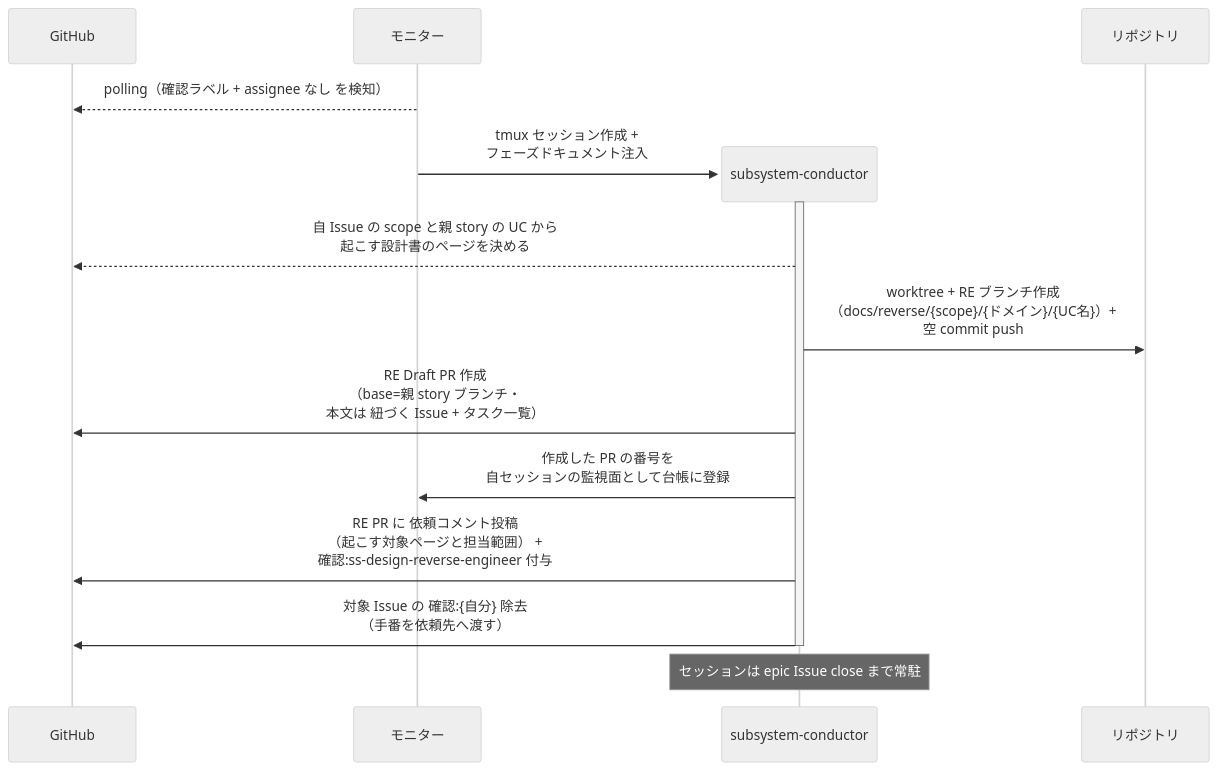
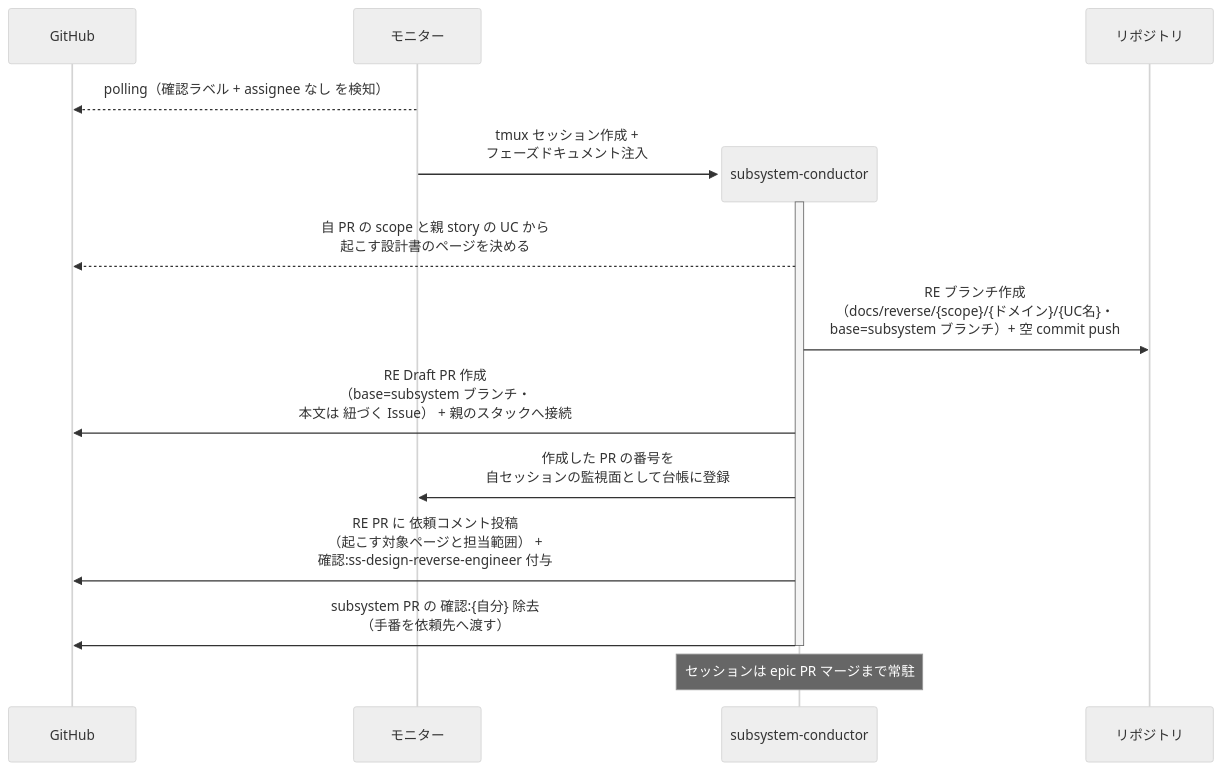
The first of 3 diagrams in docs/wiki/設計図/シナリオ/単一ユースケース/リバースエンジニアリング起動.md (shuhei1101/ai-monitor), drawn with Mermaid (neutral theme) before and after one commit. The commit also changed other lines of this file and 256 other files, not shown here.

````diff
--- a/docs/wiki/設計図/シナリオ/単一ユースケース/リバースエンジニアリング起動.md
+++ b/docs/wiki/設計図/シナリオ/単一ユースケース/リバースエンジニアリング起動.md
@@ -36,19 +36,19 @@
 ```mermaid
 sequenceDiagram
   participant GH as GitHub
   participant ORC as モニター
 
   ORC-->>GH: polling（確認ラベル + assignee なし を検知）
   create participant MON as subsystem-conductor
   ORC->>MON: tmux セッション作成 +<br>フェーズドキュメント注入
   activate MON
   participant REPO as リポジトリ
-  MON-->>GH: 自 Issue の scope と親 story の UC から<br>起こす設計書のページを決める
-  MON->>REPO: worktree + RE ブランチ作成<br>（docs/reverse/{scope}/{ドメイン}/{UC名}）+<br>空 commit push
-  MON->>GH: RE Draft PR 作成<br>（base=親 story ブランチ・<br>本文は 紐づく Issue + タスク一覧）
+  MON-->>GH: 自 PR の scope と親 story の UC から<br>起こす設計書のページを決める
+  MON->>REPO: RE ブランチ作成<br>（docs/reverse/{scope}/{ドメイン}/{UC名}・<br>base=subsystem ブランチ）+ 空 commit push
+  MON->>GH: RE Draft PR 作成<br>（base=subsystem ブランチ・<br>本文は 紐づく Issue） + 親のスタックへ接続
   MON->>ORC: 作成した PR の番号を<br>自セッションの監視面として台帳に登録
   MON->>GH: RE PR に 依頼コメント投稿<br>（起こす対象ページと担当範囲） +<br>確認:ss-design-reverse-engineer 付与
-  MON->>GH: 対象 Issue の 確認:{自分} 除去<br>（手番を依頼先へ渡す）
+  MON->>GH: subsystem PR の 確認:{自分} 除去<br>（手番を依頼先へ渡す）
   deactivate MON
-  Note over MON: セッションは epic Issue close まで常駐
+  Note over MON: セッションは epic PR マージまで常駐
 ```
````
